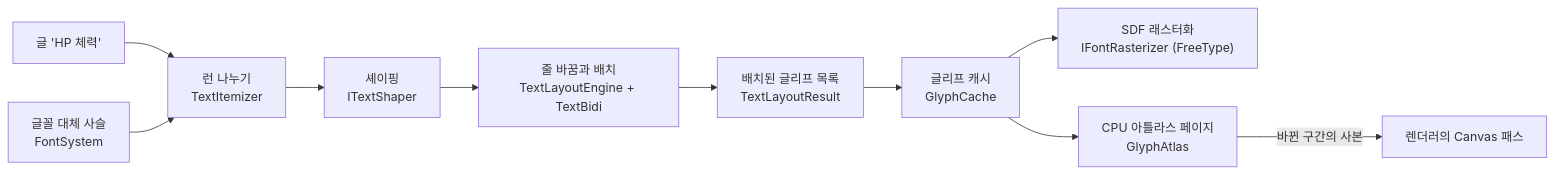
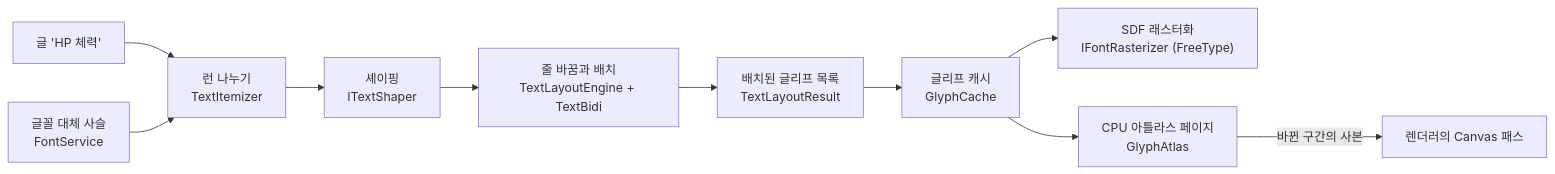
The diagram in Source/Engine/Text/README.md (sswgame/LearningTemplate), drawn with Mermaid before and after one commit. The commit also changed other lines of this file and 36 other files, not shown here.

First line of the commit message:
개명 - 매 프레임 돌지 않는 FontSystem 을 FontService 로 바꾼다

````diff
--- a/Source/Engine/Text/README.md
+++ b/Source/Engine/Text/README.md
@@ -25,12 +25,12 @@
 ```mermaid
 flowchart LR
   Text["글 'HP 체력'"] --> Itemize["런 나누기<br/>TextItemizer"]
-  Chain["글꼴 대체 사슬<br/>FontSystem"] --> Itemize
+  Chain["글꼴 대체 사슬<br/>FontService"] --> Itemize
   Itemize --> Shape["셰이핑<br/>ITextShaper"]
   Shape --> Layout["줄 바꿈과 배치<br/>TextLayoutEngine + TextBidi"]
   Layout --> Glyphs["배치된 글리프 목록<br/>TextLayoutResult"]
   Glyphs --> Cache["글리프 캐시<br/>GlyphCache"]
   Cache --> Raster["SDF 래스터화<br/>IFontRasterizer (FreeType)"]
   Cache --> Atlas["CPU 아틀라스 페이지<br/>GlyphAtlas"]
   Atlas -->|"바뀐 구간의 사본"| Renderer["렌더러의 Canvas 패스"]
 ```
````
